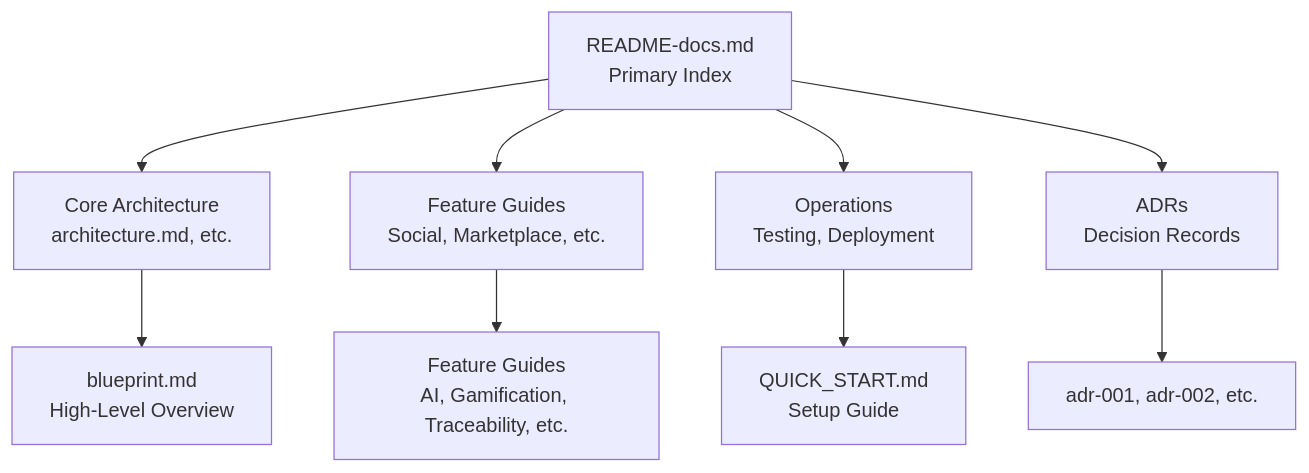
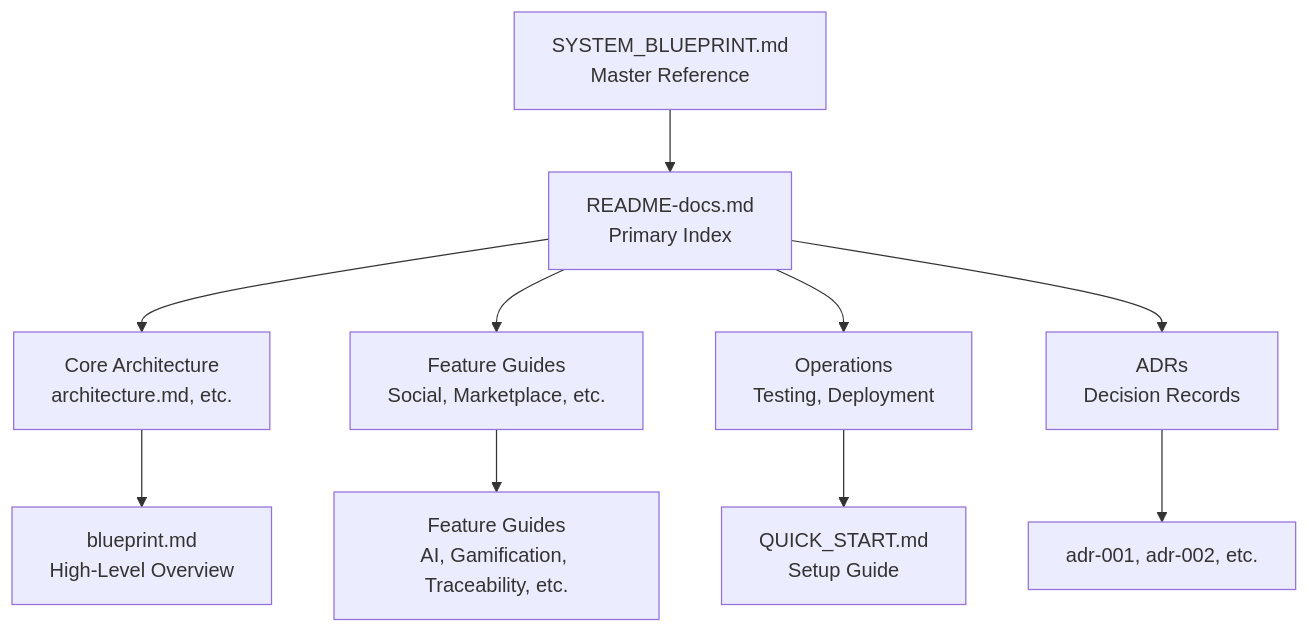
The diagram in docs/README-docs.md (zion812/ROSTRY), drawn with Mermaid before and after one commit. The commit also changed other lines of this file and 406 other files, not shown here.

First line of the commit message:
Fix auto-submit bug in verification flow.

````diff
--- a/docs/README-docs.md
+++ b/docs/README-docs.md
@@ -176,11 +196,12 @@
 ```mermaid
 flowchart TD
-    A[README-docs.md<br/>Primary Index] --> B[Core Architecture<br/>architecture.md, etc.]
+    S[SYSTEM_BLUEPRINT.md<br/>Master Reference] --> A[README-docs.md<br/>Primary Index]
+    A --> B[Core Architecture<br/>architecture.md, etc.]
     A --> C[Feature Guides<br/>Social, Marketplace, etc.]
     A --> D[Operations<br/>Testing, Deployment]
     A --> E[ADRs<br/>Decision Records]
     B --> F[blueprint.md<br/>High-Level Overview]
     C --> G[Feature Guides<br/>AI, Gamification, Traceability, etc.]
     D --> H[QUICK_START.md<br/>Setup Guide]
     E --> I[adr-001, adr-002, etc.]
 ```
````
